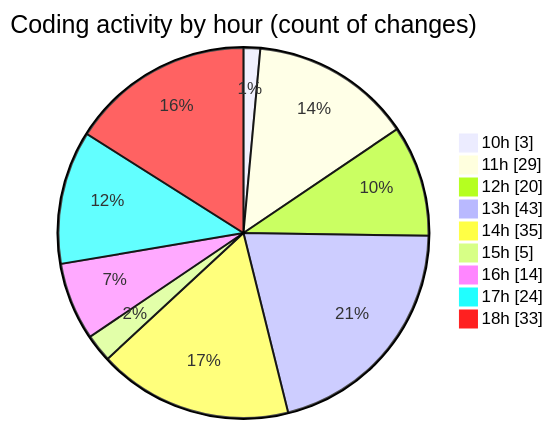
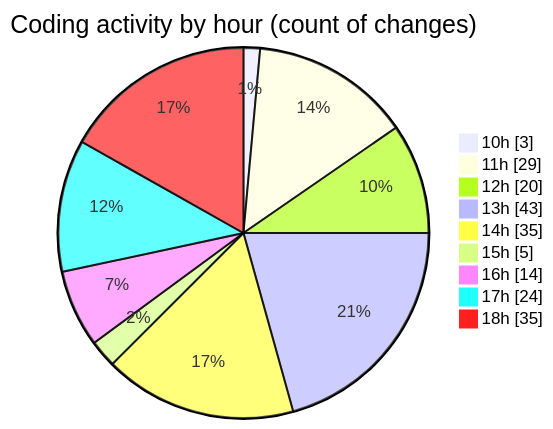
Before and after one commit to EIIisD/code-tracking: the second of 2 diagrams in 2025-08-14/ribbon/README.md, drawn with Mermaid. The commit also changed other lines of this file and 1 other file, not shown here.

````diff
--- a/2025-08-14/ribbon/README.md
+++ b/2025-08-14/ribbon/README.md
@@ -44,13 +44,13 @@
 ```mermaid
 pie showData
 title Coding activity by hour (count of changes)
 "10h" : 3
 "11h" : 29
 "12h" : 20
 "13h" : 43
 "14h" : 35
 "15h" : 5
 "16h" : 14
 "17h" : 24
-"18h" : 33
+"18h" : 35
 ```
````
